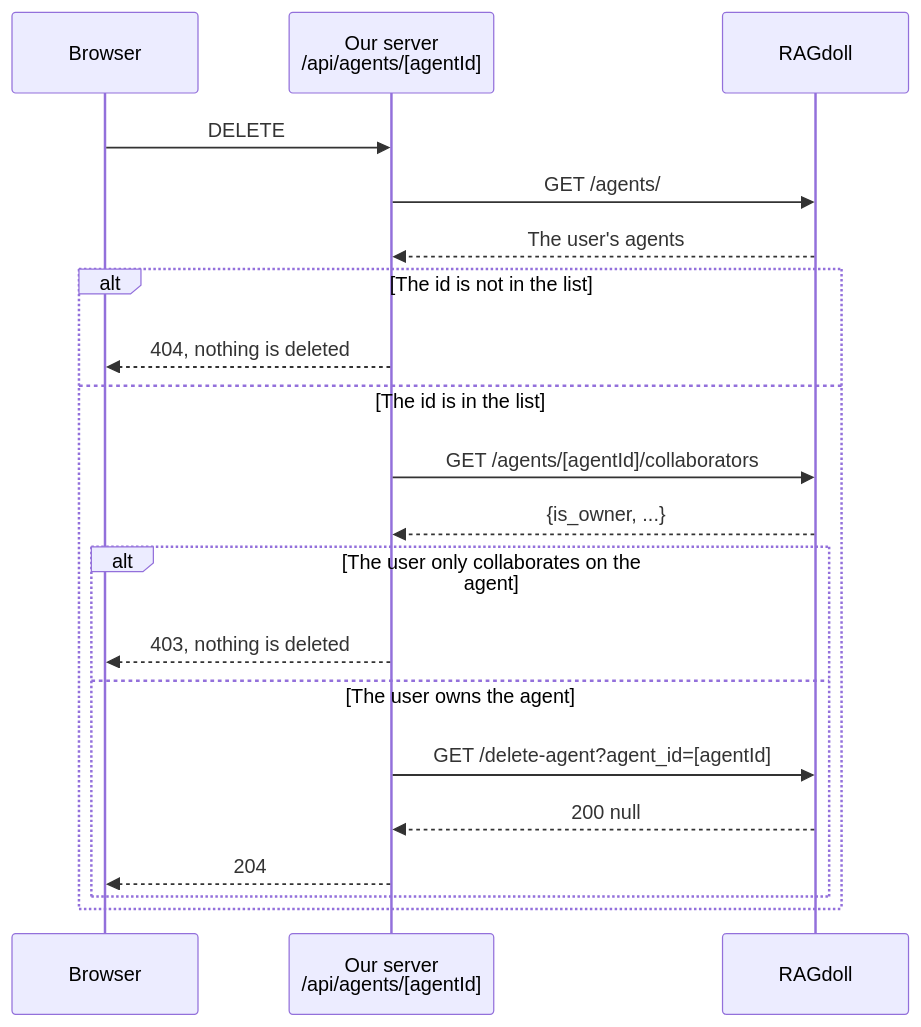
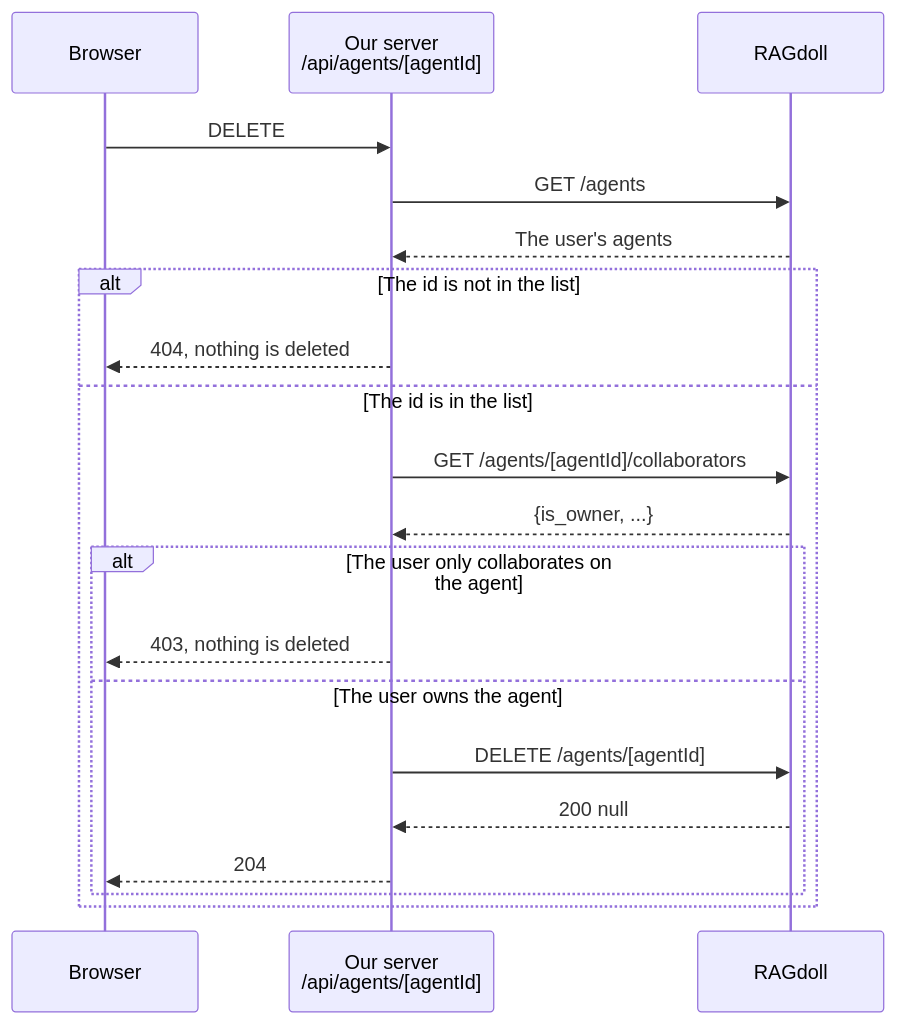
One commit to IMTEL/team-tdt4290-fall-2026 changed the fifth of 7 diagrams in docs/architecture.md. Above: the diagram before and after it, drawn with Mermaid. The commit also changed other lines of this file and 2 other files, not shown here.

````diff
--- a/docs/architecture.md
+++ b/docs/architecture.md
@@ -274,23 +275,23 @@
 ```mermaid
 sequenceDiagram
     participant B as Browser
     participant N as Our server<br/>/api/agents/[agentId]
     participant R as RAGdoll
 
     B->>N: DELETE
-    N->>R: GET /agents/
+    N->>R: GET /agents
     R-->>N: The user's agents
     alt The id is not in the list
         N-->>B: 404, nothing is deleted
     else The id is in the list
         N->>R: GET /agents/[agentId]/collaborators
         R-->>N: {is_owner, ...}
         alt The user only collaborates on the agent
             N-->>B: 403, nothing is deleted
         else The user owns the agent
-            N->>R: GET /delete-agent?agent_id=[agentId]
+            N->>R: DELETE /agents/[agentId]
             R-->>N: 200 null
             N-->>B: 204
         end
     end
 ```
````
